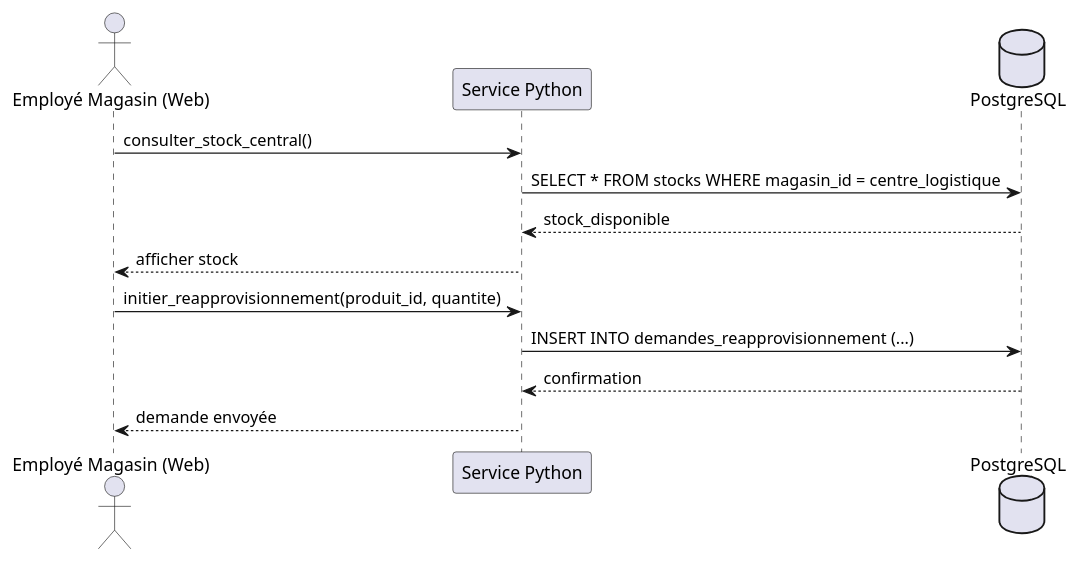
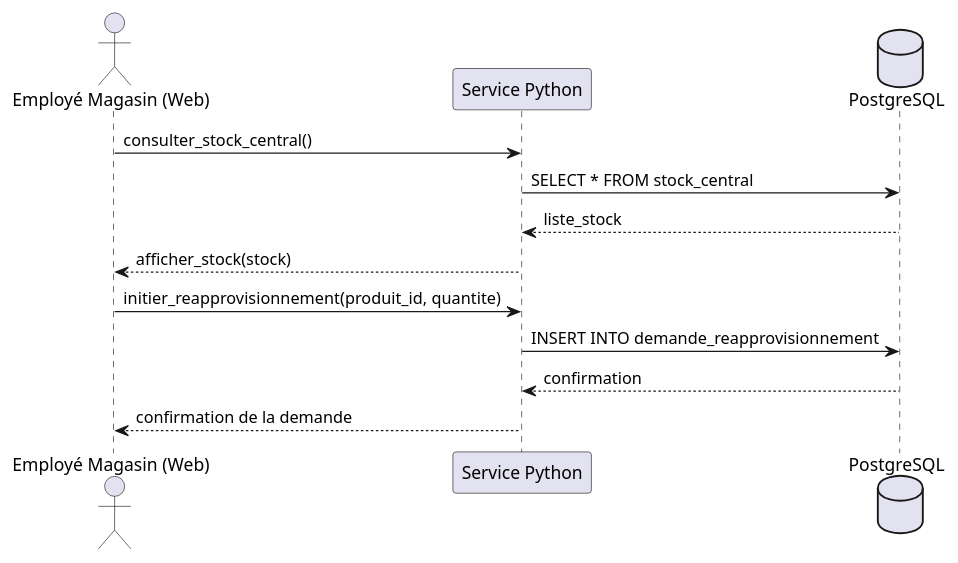
The diagram in docs/UML/Sequences/UC2-reapprovisionnementStock.puml (nathanlamy/LOG430-LABO-2), drawn with PlantUML before and after one commit. The commit also changed 3 other files, not shown here.

```diff
--- a/docs/UML/Sequences/UC2-reapprovisionnementStock.puml
+++ b/docs/UML/Sequences/UC2-reapprovisionnementStock.puml
@@ -1,17 +1,17 @@
 @startuml Reapprovisionnement_stock
 
 actor "Employé Magasin (Web)" as Employe
 participant "Service Python" as Service
 database "PostgreSQL" as DB
 
 Employe -> Service : consulter_stock_central()
-Service -> DB : SELECT * FROM stocks WHERE magasin_id = centre_logistique
-DB --> Service : stock_disponible
-Service --> Employe : afficher stock
+Service -> DB : SELECT * FROM stock_central
+DB --> Service : liste_stock
+Service --> Employe : afficher_stock(stock)
 
 Employe -> Service : initier_reapprovisionnement(produit_id, quantite)
-Service -> DB : INSERT INTO demandes_reapprovisionnement (...)
+Service -> DB : INSERT INTO demande_reapprovisionnement
 DB --> Service : confirmation
-Service --> Employe : demande envoyée
+Service --> Employe : confirmation de la demande
 
 @enduml
```
